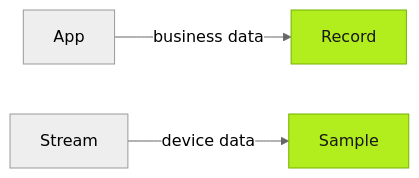
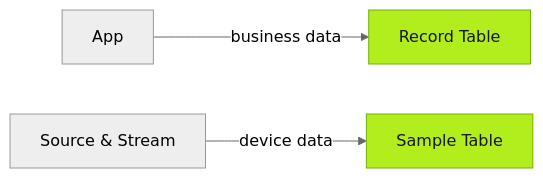
Before and after one commit to FREEZONEX/Tier0-docs-site: the second of 3 diagrams in src/content/docs/using-tier0/preparing-data-foundation.mdx, drawn with Mermaid (neutral theme). The commit also changed other lines of this file and 24 other files, not shown here.

````diff
--- a/src/content/docs/using-tier0/preparing-data-foundation.mdx
+++ b/src/content/docs/using-tier0/preparing-data-foundation.mdx
@@ -50,8 +50,8 @@
 ```mermaid
 flowchart LR
-  app["App"] -->|"business data"| record["Record"]
-  stream["Stream"] -->|"device data"| sample["Sample"]
+  app["App"] -->|"business data"| record["Record Table"]
+  stream["Source & Stream"] -->|"device data"| sample["Sample Table"]
 
   classDef t0accent fill:#B2ED1D,stroke:#73B200,color:#171717
   class record,sample t0accent
 ```
````
